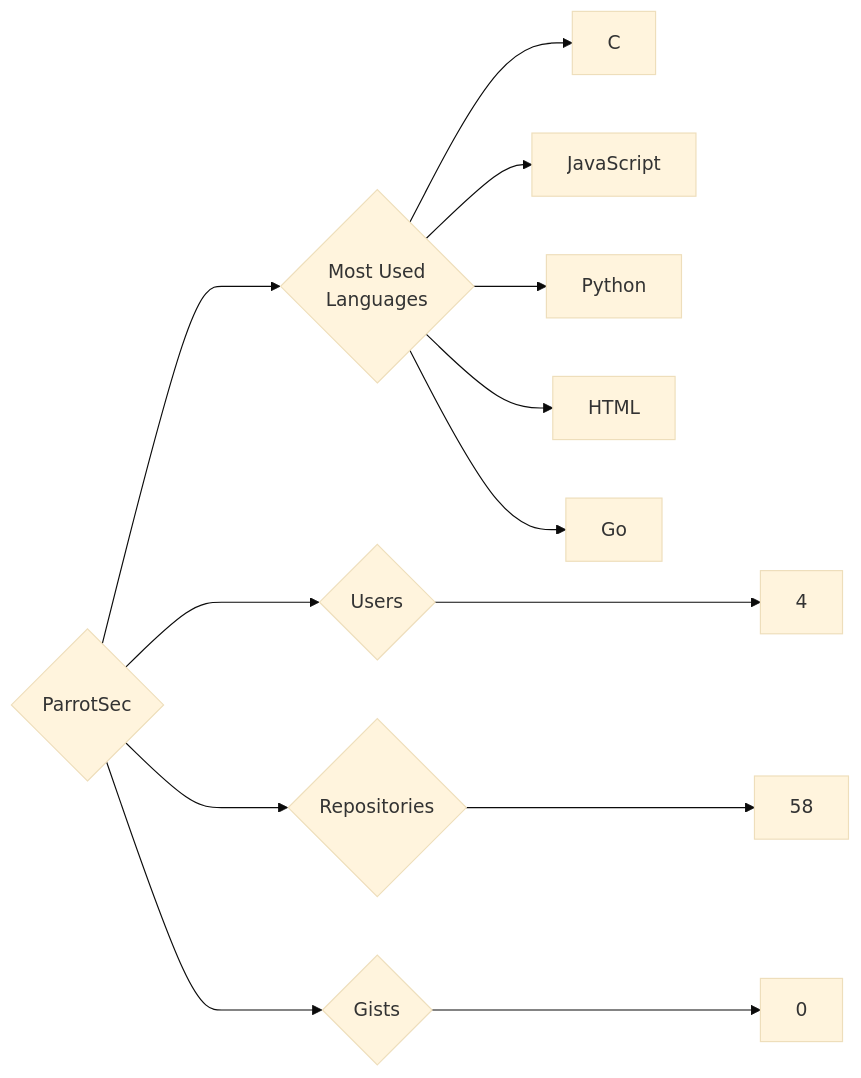
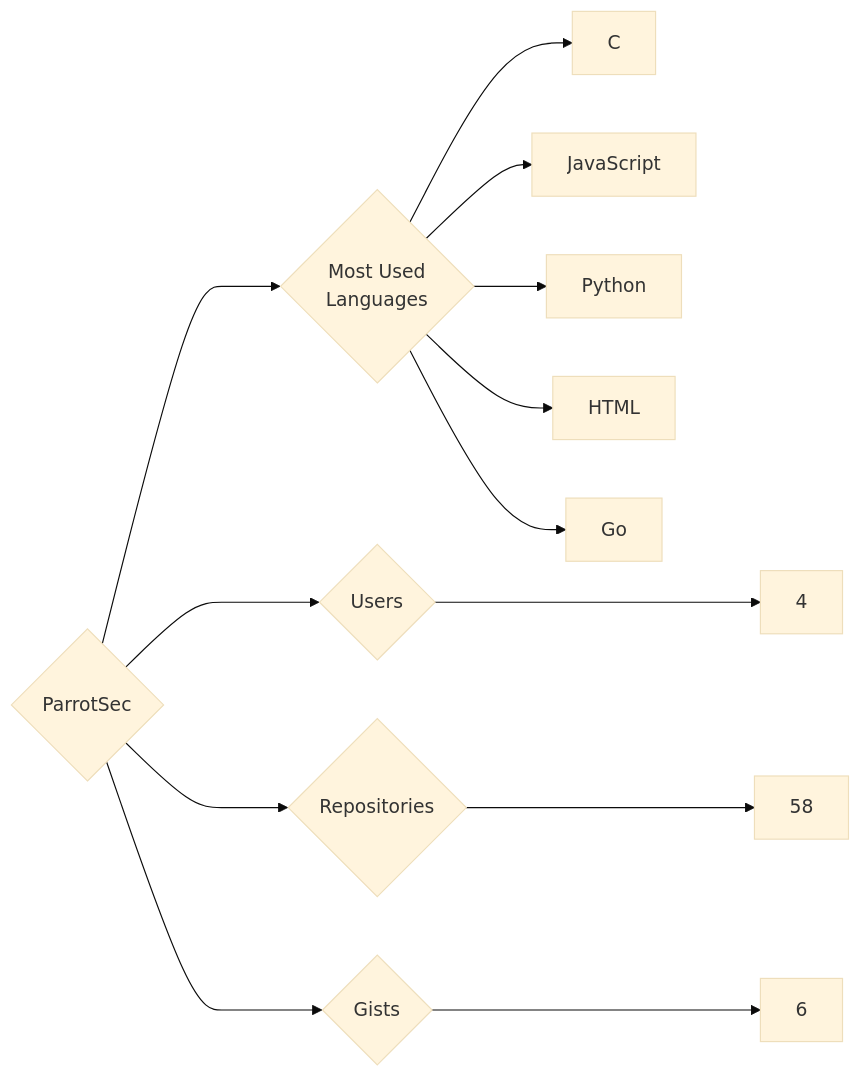
Before and after one commit to trickest/insiders: the diagram in targets/ParrotSec/README.md, drawn with Mermaid (base theme). The commit also changed 997 other files, not shown here.

````diff
--- a/targets/ParrotSec/README.md
+++ b/targets/ParrotSec/README.md
@@ -3,13 +3,13 @@
 ```mermaid
 graph LR
 COMPANY_NAME{ParrotSec}
 COMPANY_NAME ---> U{Users} ---> UN[4]
 COMPANY_NAME ---> R{Repositories} ---> RN[58]
-COMPANY_NAME ---> G{Gists} ---> GN[0]
+COMPANY_NAME ---> G{Gists} ---> GN[6]
 COMPANY_NAME ---> ML{Most Used<br>Languages}
-ML --> C
-ML --> JavaScript
-ML --> Python
-ML --> HTML
-ML --> Go
+ML --> C[C]
+ML --> JavaScript[JavaScript]
+ML --> Python[Python]
+ML --> HTML[HTML]
+ML --> Go[Go]
 ```
````
